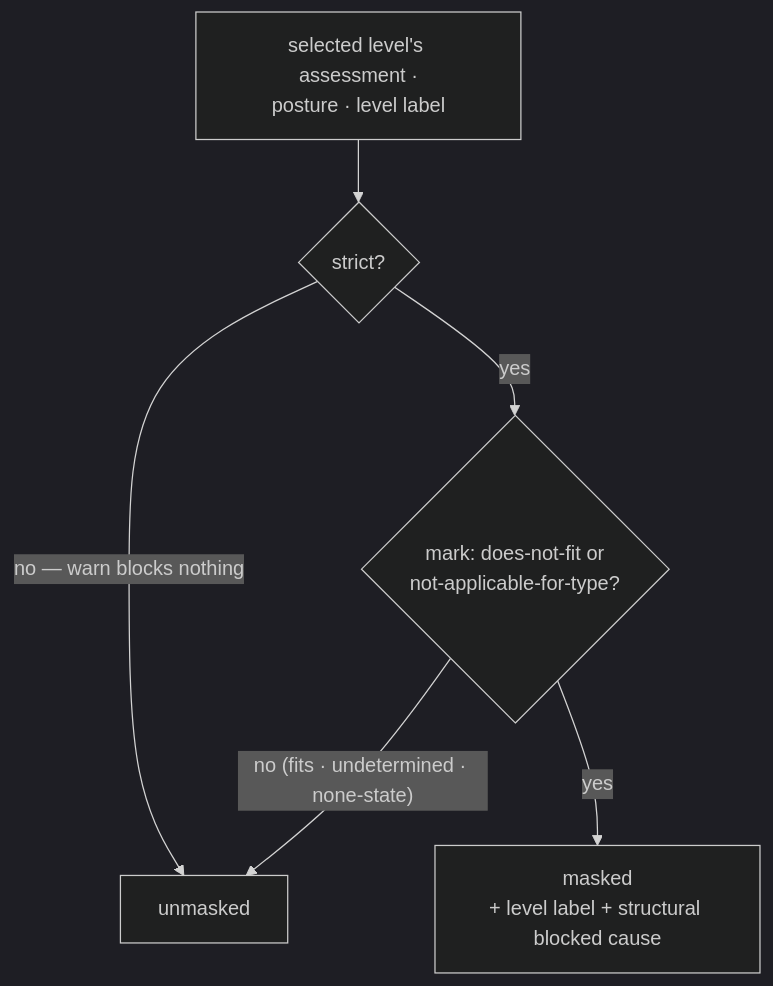
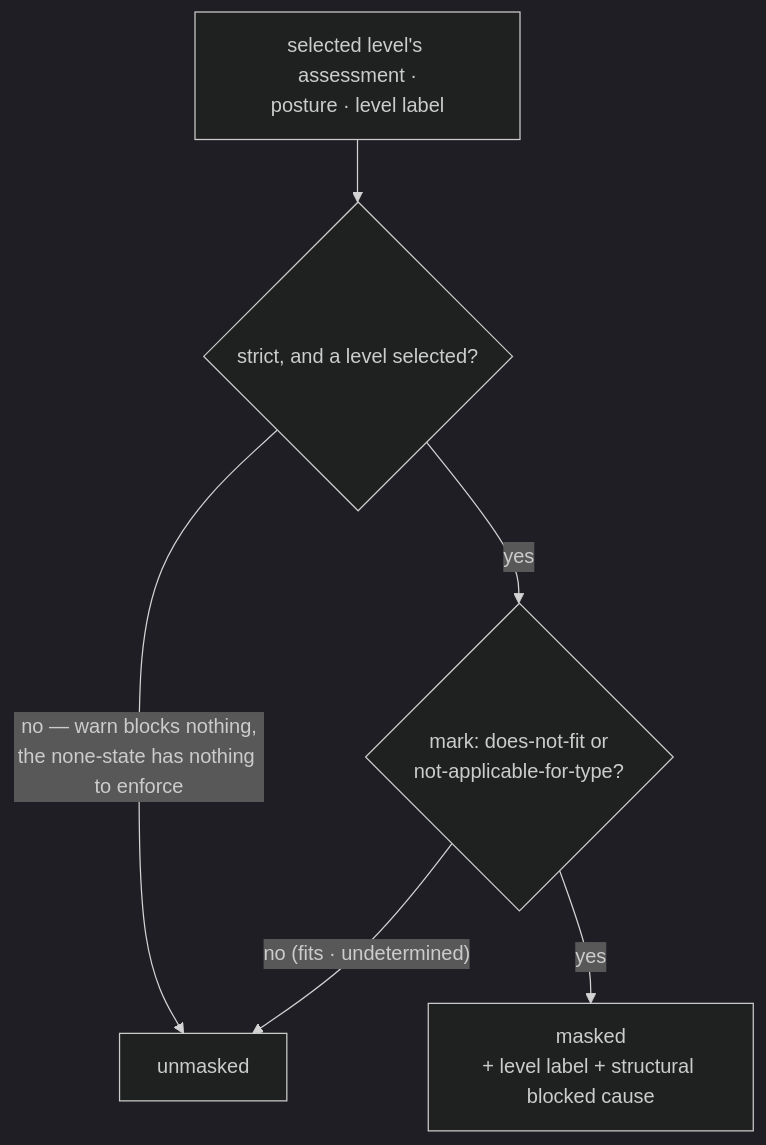
Before and after one commit to codeschoolinabox/curricula: the diagram in src/lib/study-lenses/orchestrate/lib/masking/DOCS.md, drawn with Mermaid (dark theme). The commit also changed 3 other files, not shown here.

````diff
--- a/src/lib/study-lenses/orchestrate/lib/masking/DOCS.md
+++ b/src/lib/study-lenses/orchestrate/lib/masking/DOCS.md
@@ -24,13 +24,13 @@
 ```mermaid
 flowchart TD
     IN["selected level's assessment ·<br/>posture · level label"]
-    W{"strict?"}
+    W{"strict, and a level selected?"}
     M{"mark: does-not-fit or<br/>not-applicable-for-type?"}
     UN["unmasked"]
     MK["masked<br/>+ level label + structural blocked cause"]
     IN --> W
-    W -->|"no — warn blocks nothing"| UN
+    W -->|"no — warn blocks nothing,<br/>the none-state has nothing to enforce"| UN
     W -->|yes| M
-    M -->|"no (fits · undetermined · none-state)"| UN
+    M -->|"no (fits · undetermined)"| UN
     M -->|yes| MK
 ```
````
